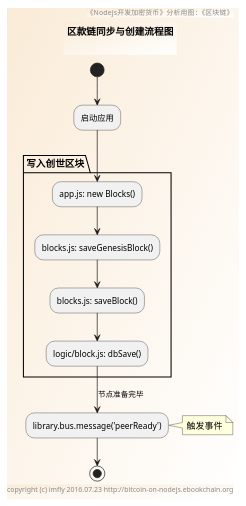
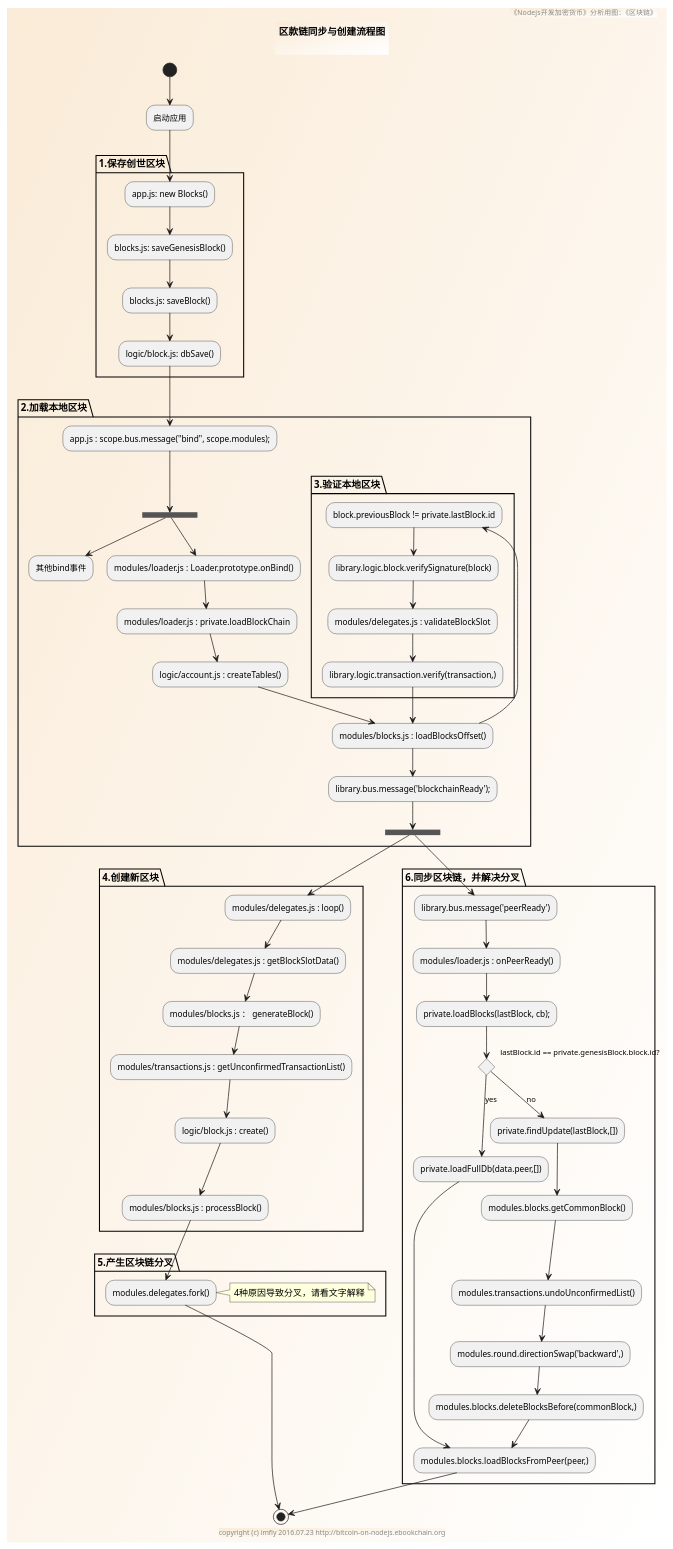
Before and after one commit to brightmanforever022/bitcoin-on-nodejs: the diagram in sources/modules/blocks/activity.pu, drawn with PlantUML. The commit also changed 2 other files, not shown here.

Commit message:
修改流程图

```diff
--- a/sources/modules/blocks/activity.pu
+++ b/sources/modules/blocks/activity.pu
@@ -1,26 +1,75 @@
 @startuml ../../../styles/images/modules/blocks/blocks-activity.png
 skinparam BorderColor #blue\9932CC
 skinparam backgroundcolor AntiqueWhite/white
 
 title
 区款链同步与创建流程图
 
 end title
 
 footer copyright (c) imfly 2016.07.23 http://bitcoin-on-nodejs.ebookchain.org
 header 《Nodejs开发加密货币》分析用图：《区块链》
 
 (*) --> 启动应用
 
-partition "写入创世区块" {
+partition "1.保存创世区块" {
   --> app.js: new Blocks()
   --> blocks.js: saveGenesisBlock()
   --> blocks.js: saveBlock()
   --> logic/block.js: dbSave()
 }
 
---> [节点准备完毕] library.bus.message('peerReady')
-note right: 触发事件
+partition "2.加载本地区块" {
+  --> app.js : scope.bus.message("bind", scope.modules);
+  --> ==bind==
+  --> "其他bind事件"
+  ==bind== --> modules/loader.js : Loader.prototype.onBind()
+  --> modules/loader.js : private.loadBlockChain
+  --> logic/account.js : createTables()
+  --> "modules/blocks.js : loadBlocksOffset()" as loadBlocksOffset
+  partition "3.验证本地区块" {
+    --> block.previousBlock != private.lastBlock.id
+    --> library.logic.block.verifySignature(block)
+    --> modules/delegates.js : validateBlockSlot
+    --> library.logic.transaction.verify(transaction,)
+    --> loadBlocksOffset
+  }
+  --> library.bus.message('blockchainReady');
+  --> ==blockchainReady==
+}
+
+partition "4.创建新区块" {
+  --> modules/delegates.js : loop()
+  --> modules/delegates.js : getBlockSlotData()
+  --> modules/blocks.js ： generateBlock()
+  --> modules/transactions.js : getUnconfirmedTransactionList()
+  --> logic/block.js : create()
+  --> modules/blocks.js : processBlock()
+}
+
+partition "5.产生区块链分叉" {
+  --> modules.delegates.fork()
+  note right: 4种原因导致分叉，请看文字解释
+}
+
+--> (*)
+
+partition "6.同步区块链，并解决分叉" {
+  ==blockchainReady== --> library.bus.message('peerReady')
+  --> modules/loader.js : onPeerReady()
+  --> private.loadBlocks(lastBlock, cb);
+  if lastBlock.id == private.genesisBlock.block.id? then
+  --> [yes] private.loadFullDb(data.peer,[])
+  --> "modules.blocks.loadBlocksFromPeer(peer,)" as loadBlocksFromPeer
+  else
+  --> [no] private.findUpdate(lastBlock,[])
+  endif
+  --> modules.blocks.getCommonBlock()
+  --> modules.transactions.undoUnconfirmedList()
+  --> modules.round.directionSwap('backward',)
+  --> modules.blocks.deleteBlocksBefore(commonBlock,)
+  --> loadBlocksFromPeer
+}
 
 --> (*)
 @enduml
```
